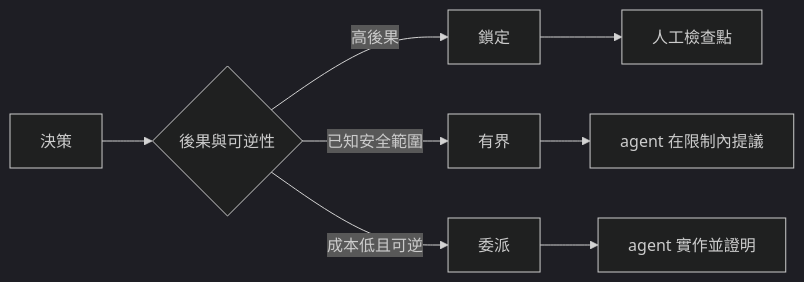
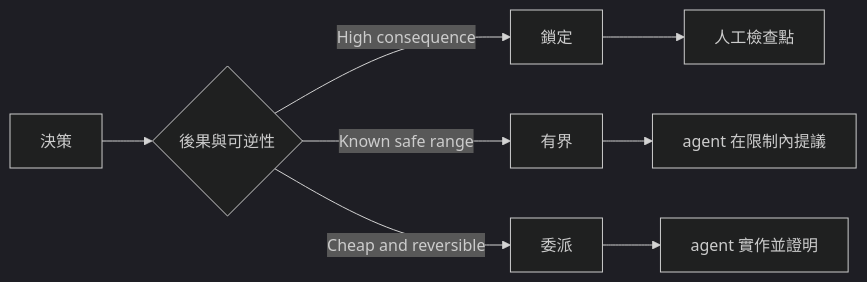
One commit to edward821220/ai-engineering-from-scratch changed the diagram in i18n/zh-TW/phases/14-agent-engineering/51-write-specifications-that-preserve-judgment/docs/zh-TW.md. Above: the diagram before and after it, drawn with Mermaid (dark theme). The commit also changed 14 other files, not shown here.

Commit message:
fix(i18n): zh-TW vol5 final checker cleanup (spans/headings/terms/mermaid)

````diff
--- a/i18n/zh-TW/phases/14-agent-engineering/51-write-specifications-that-preserve-judgment/docs/zh-TW.md
+++ b/i18n/zh-TW/phases/14-agent-engineering/51-write-specifications-that-preserve-judgment/docs/zh-TW.md
@@ -38,10 +38,10 @@
 ```mermaid
 flowchart LR
   D[決策] --> C{後果與可逆性}
-  C -->|高後果| L[鎖定]
-  C -->|已知安全範圍| B[有界]
-  C -->|成本低且可逆| A[委派]
+  C -->|High consequence| L[鎖定]
+  C -->|Known safe range| B[有界]
+  C -->|Cheap and reversible| A[委派]
   L --> H[人工檢查點]
   B --> P[agent 在限制內提議]
   A --> I[agent 實作並證明]
 ```
````
